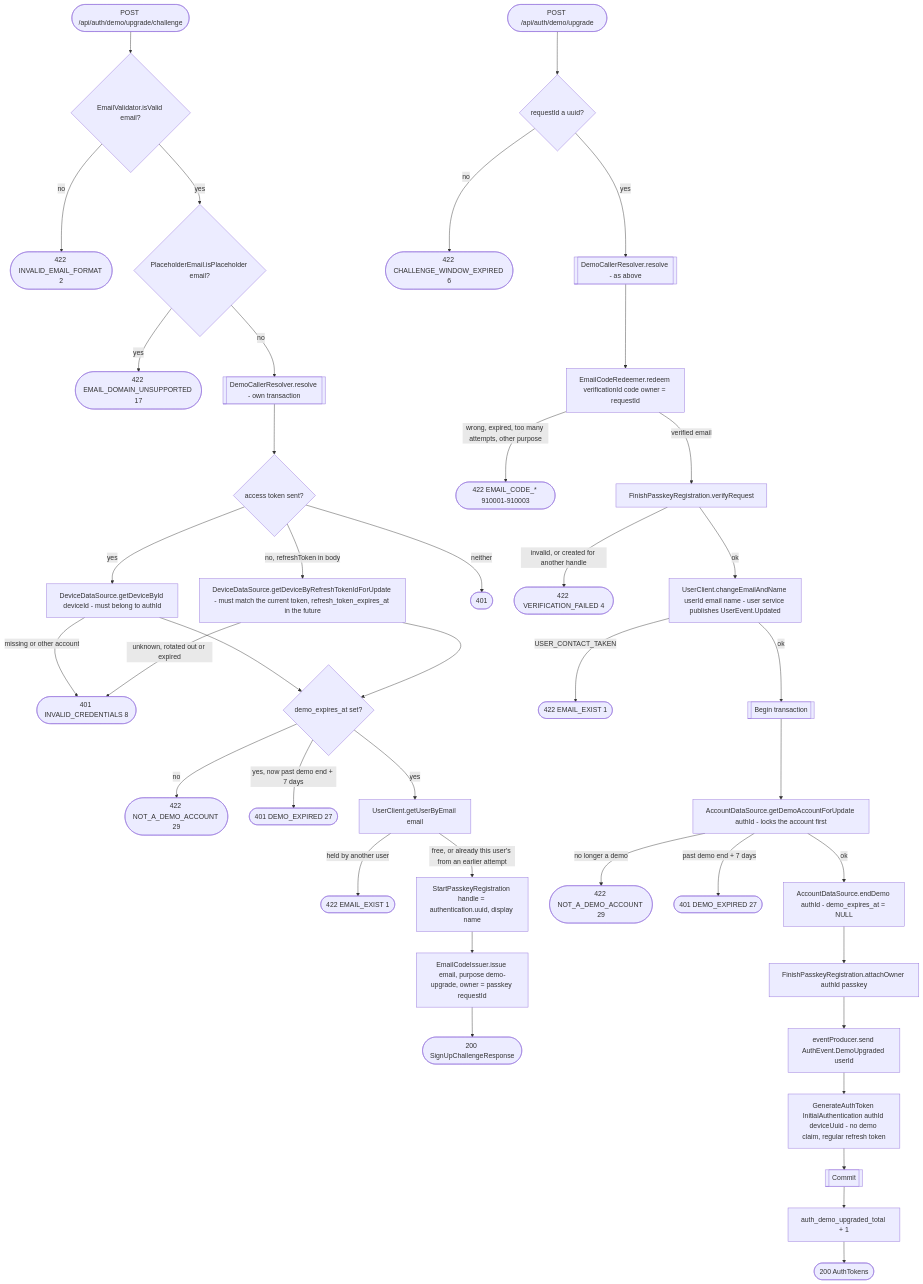
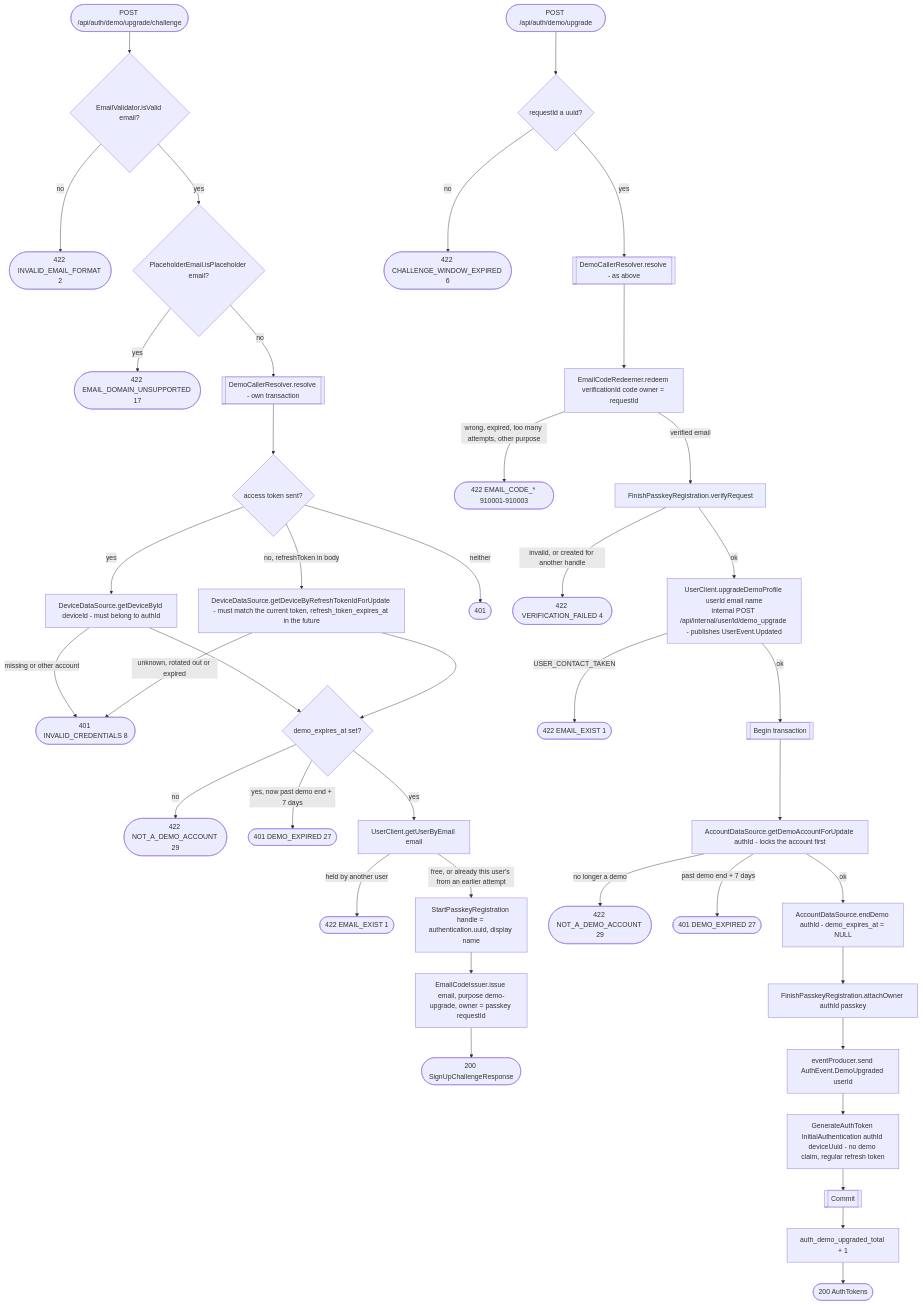
One commit to nocturneproperties/bookkme changed the diagram in docs/operations/authorization/demo-upgrade.md. Above: the diagram before and after it, drawn with Mermaid. The commit also changed other lines of this file and 35 other files, not shown here.

Commit message:
[ISSUE-205] separate route for demo upgrade in user service

````diff
--- a/docs/operations/authorization/demo-upgrade.md
+++ b/docs/operations/authorization/demo-upgrade.md
@@ -22,42 +22,42 @@
 ```mermaid
 flowchart TD
     S([POST /api/auth/demo/upgrade/challenge]) --> SEmail{EmailValidator.isValid email?}
     SEmail -- no --> SR422a([422 INVALID_EMAIL_FORMAT 2])
     SEmail -- yes --> SPlace{PlaceholderEmail.isPlaceholder email?}
     SPlace -- yes --> SR422b([422 EMAIL_DOMAIN_UNSUPPORTED 17])
     SPlace -- no --> Resolve
     Resolve[[DemoCallerResolver.resolve - own transaction]] --> Caller{access token sent?}
     Caller -- yes --> ById[DeviceDataSource.getDeviceById deviceId - must belong to authId]
     Caller -- "no, refreshToken in body" --> ByToken[DeviceDataSource.getDeviceByRefreshTokenIdForUpdate - must match the current token, refresh_token_expires_at in the future]
     Caller -- neither --> R401([401])
     ById -- missing or other account --> R401c([401 INVALID_CREDENTIALS 8])
     ByToken -- unknown, rotated out or expired --> R401c
     ById --> Demo{demo_expires_at set?}
     ByToken --> Demo
     Demo -- no --> R422nd([422 NOT_A_DEMO_ACCOUNT 29])
     Demo -- "yes, now past demo end + 7 days" --> R401e([401 DEMO_EXPIRED 27])
     Demo -- yes --> SOwner[UserClient.getUserByEmail email]
     SOwner -- held by another user --> SR422c([422 EMAIL_EXIST 1])
     SOwner -- free, or already this user's from an earlier attempt --> SPasskey[StartPasskeyRegistration handle = authentication.uuid, display name]
     SPasskey --> SCode[EmailCodeIssuer.issue email, purpose demo-upgrade, owner = passkey requestId]
     SCode --> SR200([200 SignUpChallengeResponse])
 
     F([POST /api/auth/demo/upgrade]) --> FId{requestId a uuid?}
     FId -- no --> FR422a([422 CHALLENGE_WINDOW_EXPIRED 6])
     FId -- yes --> FResolve[[DemoCallerResolver.resolve - as above]]
     FResolve --> Redeem[EmailCodeRedeemer.redeem verificationId code owner = requestId]
     Redeem -- wrong, expired, too many attempts, other purpose --> FR422b([422 EMAIL_CODE_* 910001-910003])
     Redeem -- verified email --> Verify[FinishPasskeyRegistration.verifyRequest]
     Verify -- invalid, or created for another handle --> FR422c([422 VERIFICATION_FAILED 4])
-    Verify -- ok --> Profile[UserClient.changeEmailAndName userId email name - user service publishes UserEvent.Updated]
+    Verify -- ok --> Profile[UserClient.upgradeDemoProfile userId email name<br/>internal POST /api/internal/user/id/demo_upgrade - publishes UserEvent.Updated]
     Profile -- USER_CONTACT_TAKEN --> FR422d([422 EMAIL_EXIST 1])
     Profile -- ok --> Tx[[Begin transaction]]
     Tx --> Lock[AccountDataSource.getDemoAccountForUpdate authId - locks the account first]
     Lock -- no longer a demo --> FR422e([422 NOT_A_DEMO_ACCOUNT 29])
     Lock -- past demo end + 7 days --> FR401([401 DEMO_EXPIRED 27])
     Lock -- ok --> End[AccountDataSource.endDemo authId - demo_expires_at = NULL]
     End --> Attach[FinishPasskeyRegistration.attachOwner authId passkey]
     Attach --> Evt[eventProducer.send AuthEvent.DemoUpgraded userId]
     Evt --> Token[GenerateAuthToken InitialAuthentication authId deviceUuid - no demo claim, regular refresh token]
     Token --> TxEnd[[Commit]] --> Count[auth_demo_upgraded_total + 1] --> FR200([200 AuthTokens])
 ```
````
